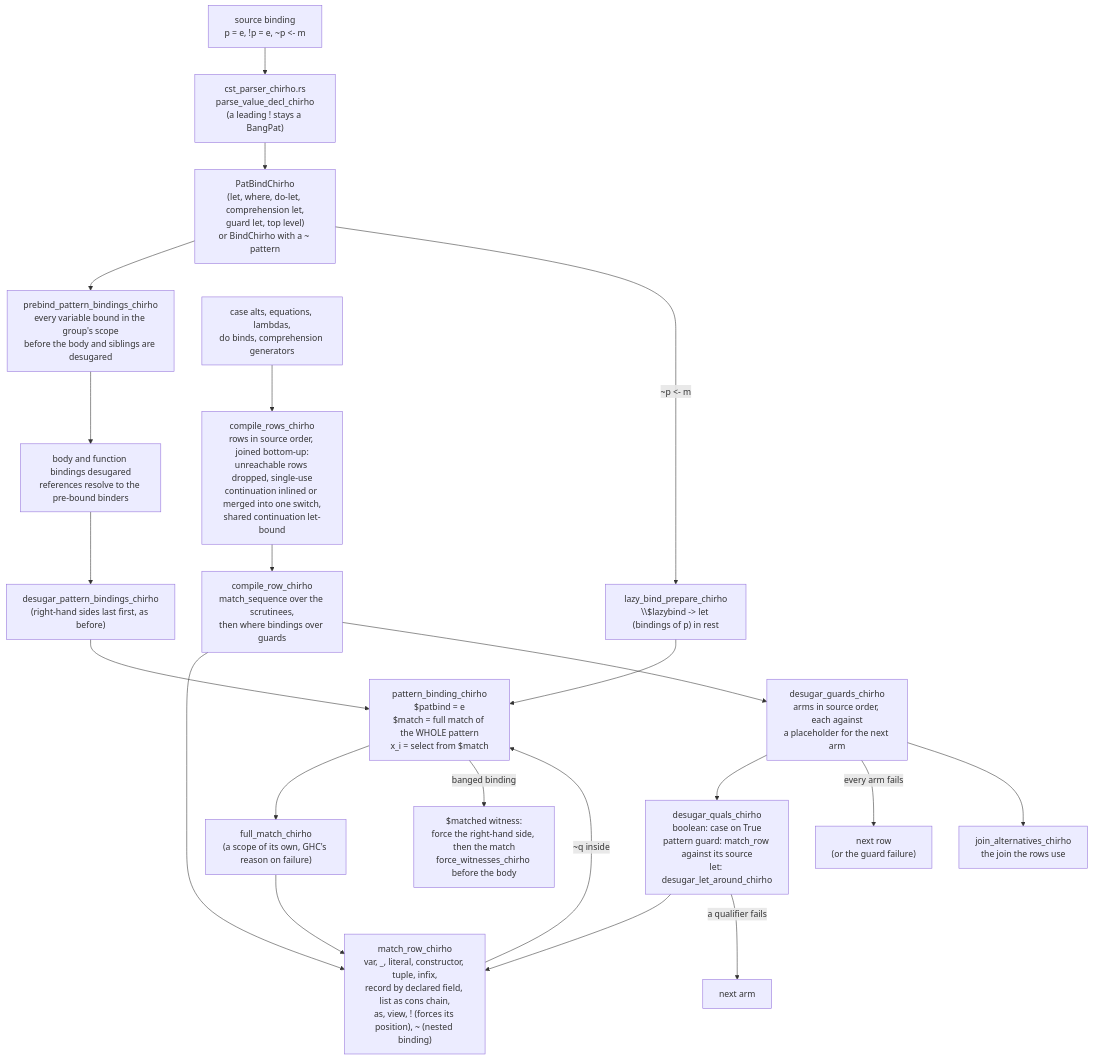
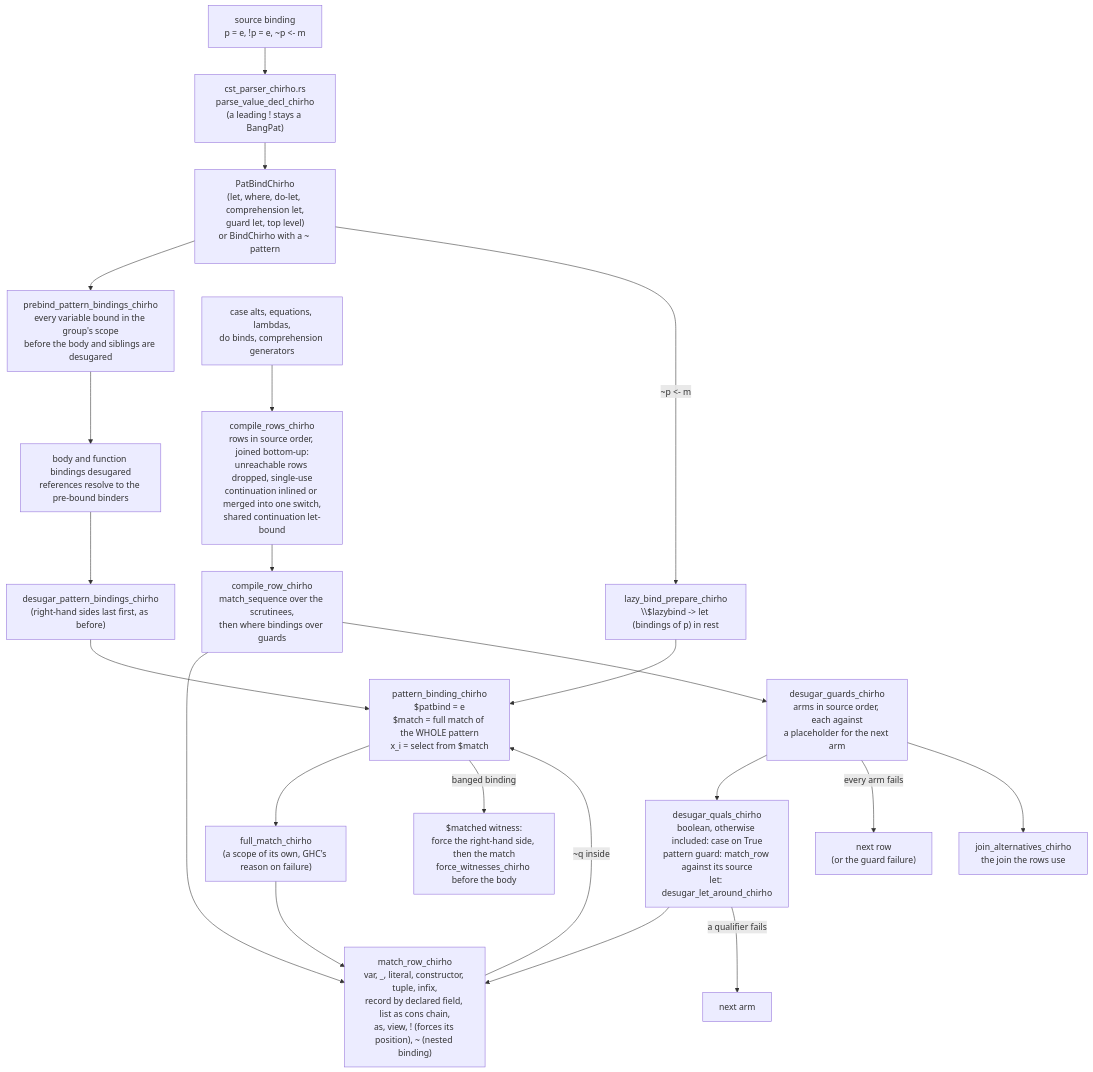
The diagram in spec-chirho/workflows-chirho/language-features-chirho/pattern-matching-chirho.md (loveJesus/haskelujah-chirho), drawn with Mermaid before and after one commit. The commit also changed other lines of this file and 8 other files, not shown here.

First line of the commit message:
fix(guards): otherwise is a binding, not a spelling; a GADT guard arm meets its result in its own scope

````diff
--- a/spec-chirho/workflows-chirho/language-features-chirho/pattern-matching-chirho.md
+++ b/spec-chirho/workflows-chirho/language-features-chirho/pattern-matching-chirho.md
@@ -42,24 +42,24 @@
 ```mermaid
 flowchart TD
     SRC["source binding\np = e, !p = e, ~p <- m"] --> PARSE["cst_parser_chirho.rs\nparse_value_decl_chirho\n(a leading ! stays a BangPat)"]
     PARSE --> AST["PatBindChirho\n(let, where, do-let, comprehension let,\nguard let, top level)\nor BindChirho with a ~ pattern"]
     AST --> PREBIND["prebind_pattern_bindings_chirho\nevery variable bound in the group's scope\nbefore the body and siblings are desugared"]
     PREBIND --> BODY["body and function bindings desugared\nreferences resolve to the pre-bound binders"]
     BODY --> BIND["desugar_pattern_bindings_chirho\n(right-hand sides last first, as before)"]
     BIND --> PB["pattern_binding_chirho\n$patbind = e\n$match = full match of the WHOLE pattern\nx_i = select from $match"]
     PB --> FULL["full_match_chirho\n(a scope of its own, GHC's reason on failure)"]
     FULL --> ROW["match_row_chirho\nvar, _, literal, constructor, tuple, infix,\nrecord by declared field, list as cons chain,\nas, view, ! (forces its position), ~ (nested binding)"]
     ROW -->|"~q inside"| PB
     PB -->|"banged binding"| WITNESS["$matched witness:\nforce the right-hand side, then the match\nforce_witnesses_chirho before the body"]
     AST -->|"~p <- m"| LAZYBIND["lazy_bind_prepare_chirho\n\\$lazybind -> let (bindings of p) in rest"]
     LAZYBIND --> PB
     MATCHSRC["case alts, equations, lambdas,\ndo binds, comprehension generators"] --> ROWS["compile_rows_chirho\nrows in source order, joined bottom-up:\nunreachable rows dropped, single-use\ncontinuation inlined or merged into one switch,\nshared continuation let-bound"]
     ROWS --> ROWONE["compile_row_chirho\nmatch_sequence over the scrutinees,\nthen where bindings over guards"]
     ROWONE --> ROW
     ROWONE --> GUARDS["desugar_guards_chirho\narms in source order, each against\na placeholder for the next arm"]
-    GUARDS --> QUALS["desugar_quals_chirho\nboolean: case on True\npattern guard: match_row against its source\nlet: desugar_let_around_chirho"]
+    GUARDS --> QUALS["desugar_quals_chirho\nboolean, otherwise included: case on True\npattern guard: match_row against its source\nlet: desugar_let_around_chirho"]
     QUALS --> ROW
     QUALS -->|"a qualifier fails"| NEXTARM["next arm"]
     GUARDS -->|"every arm fails"| NEXT["next row\n(or the guard failure)"]
     GUARDS --> JOIN["join_alternatives_chirho\nthe join the rows use"]
 ```
````
